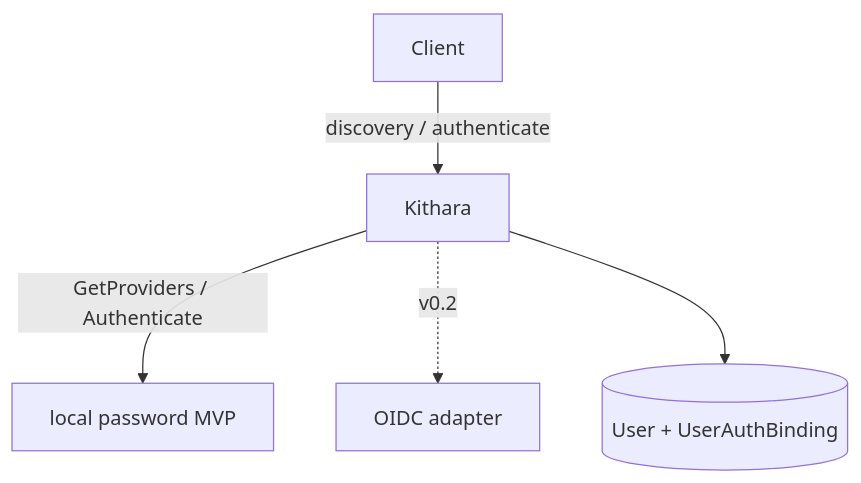
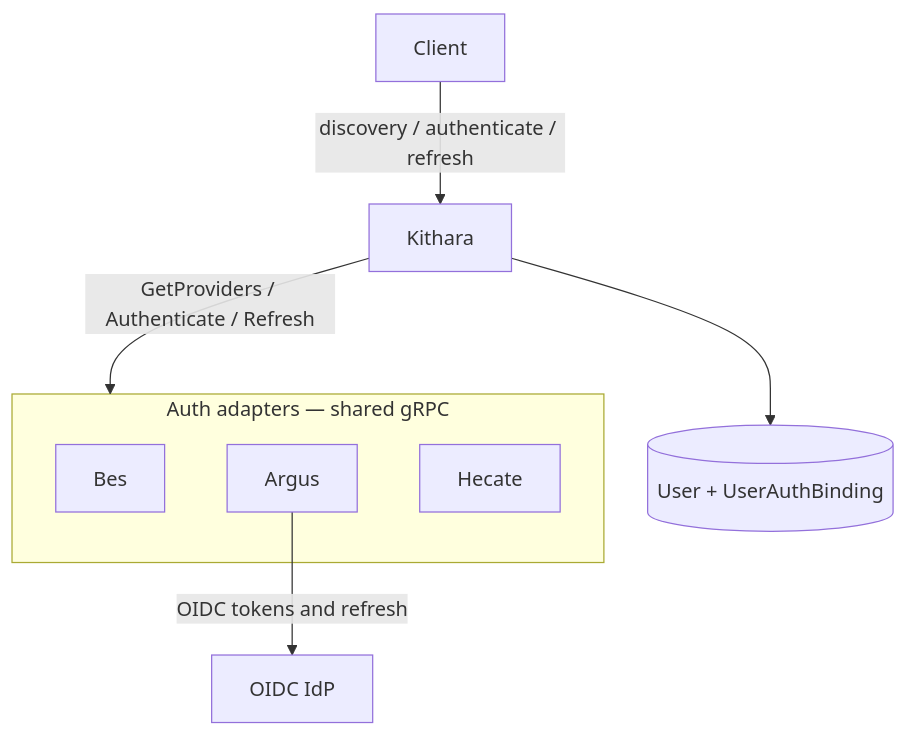
One commit to Bardie-radio/bardie-kithara changed the diagram in docs/architecture/domains/auth-adapters.md. Above: the diagram before and after it, drawn with Mermaid. The commit also changed other lines of this file and 35 other files, not shown here.

````diff
--- a/docs/architecture/domains/auth-adapters.md
+++ b/docs/architecture/domains/auth-adapters.md
@@ -5,7 +14,12 @@
 ```mermaid
 flowchart TB
-  Client -->|discovery / authenticate| Kithara
-  Kithara -->|GetProviders / Authenticate| Local[local password MVP]
-  Kithara -.->|v0.2| OIDC[OIDC adapter]
+  Client -->|discovery / authenticate / refresh| Kithara
   Kithara --> DB[(User + UserAuthBinding)]
+  Kithara -->|"GetProviders / Authenticate / Refresh"| AuthBox
+  subgraph AuthBox [Auth adapters — shared gRPC]
+    Bes[Bes]
+    Argus[Argus]
+    Hecate[Hecate]
+  end
+  Argus -->|OIDC tokens and refresh| IdP[OIDC IdP]
 ```
````
